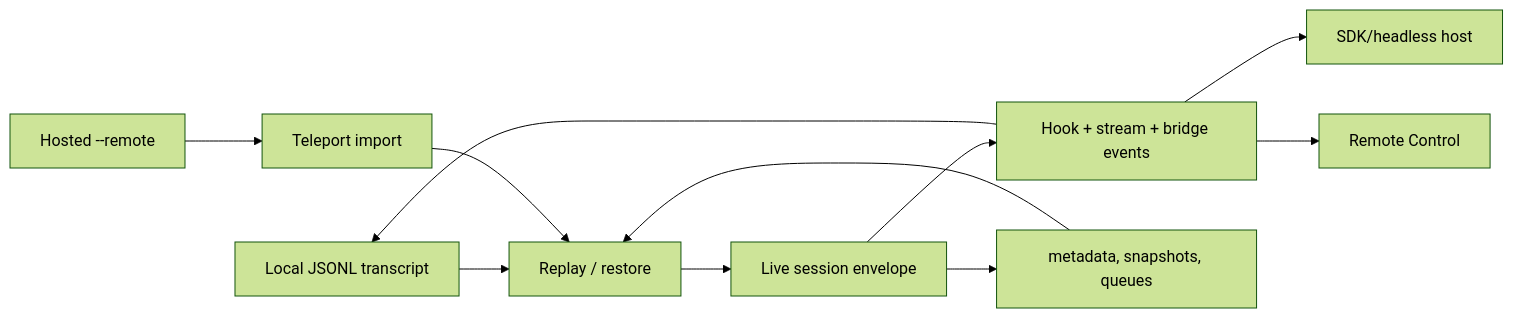
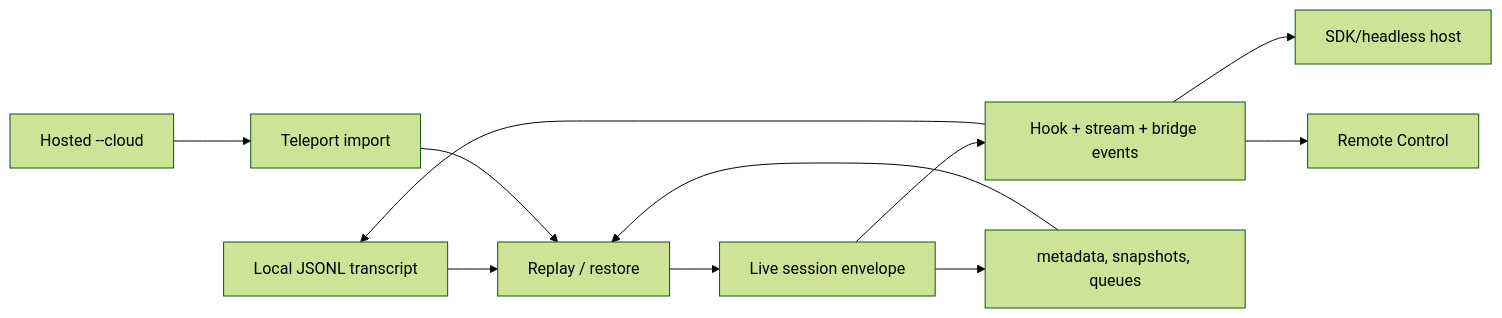
The second of 2 diagrams in docs/04-sessions-persistence-remote/session-api-events-and-storage.md (vibewatch/claude-code-internals), drawn with Mermaid (forest theme) before and after one commit. The commit also changed other lines of this file and 34 other files, not shown here.

````diff
--- a/docs/04-sessions-persistence-remote/session-api-events-and-storage.md
+++ b/docs/04-sessions-persistence-remote/session-api-events-and-storage.md
@@ -259,13 +261,13 @@
 ```mermaid
 flowchart LR
     Jsonl[Local JSONL transcript] --> Restore[Replay / restore]
     Restore --> Envelope[Live session envelope]
     Envelope --> Events[Hook + stream + bridge events]
     Events --> Jsonl
     Events --> SDK[SDK/headless host]
     Events --> RemoteControl[Remote Control]
-    Hosted[Hosted --remote] --> Teleport[Teleport import]
+    Hosted[Hosted --cloud] --> Teleport[Teleport import]
     Teleport --> Restore
     Envelope --> Storage[metadata, snapshots, queues]
     Storage --> Restore
 ```
````
